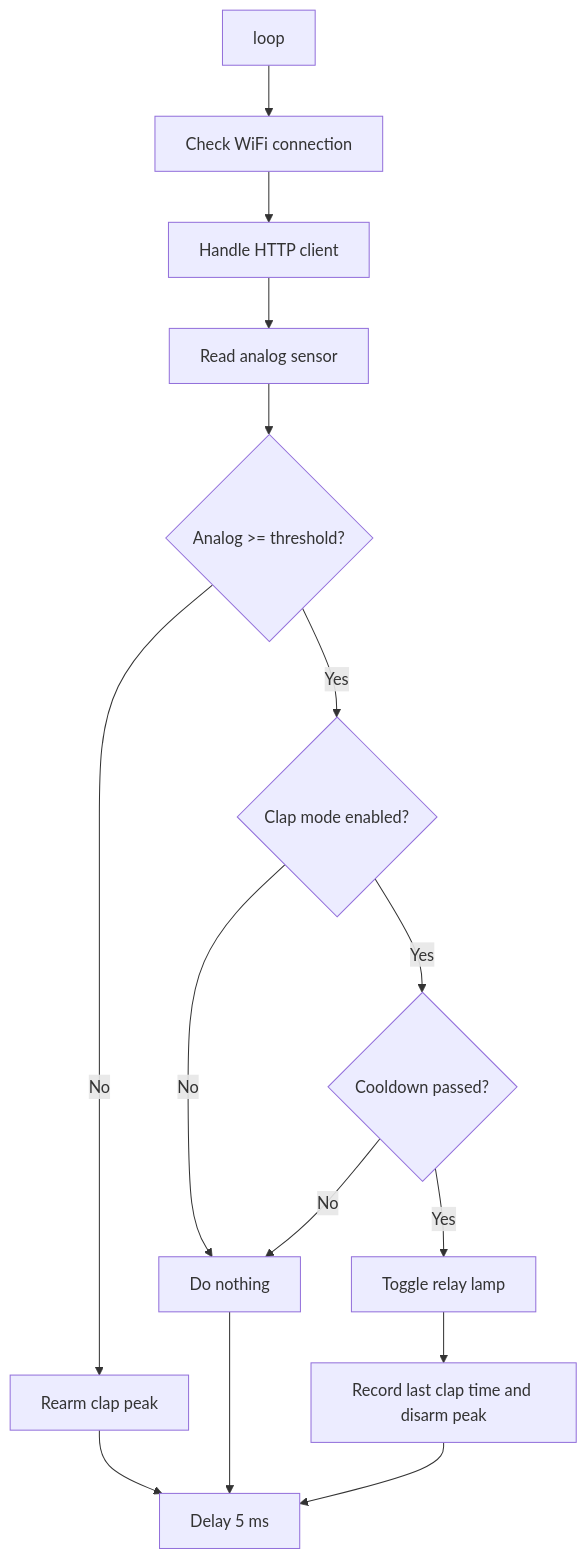
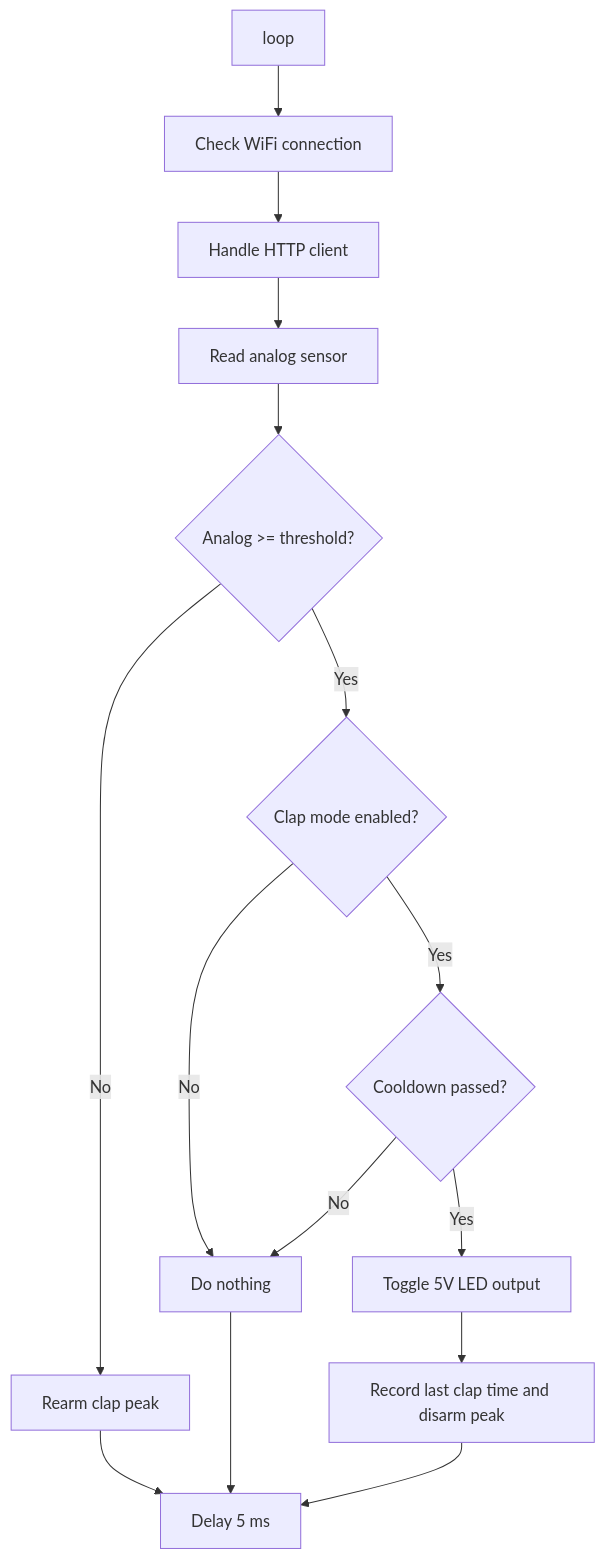
Before and after one commit to fatidaprilian/ClapControl-IoT: the second of 5 diagrams in docs/flow-overview.md, drawn with Mermaid. The commit also changed other lines of this file and 17 other files, not shown here.

Commit message:
Refactor project to migrate from AC relay control to 5V LED control using NPN transistor. Update documentation to reflect changes in hardware setup, output logic, and API behavior. Ensure all features remain intact while enhancing safety and portability for mobile IoT applications.

````diff
--- a/docs/flow-overview.md
+++ b/docs/flow-overview.md
@@ -18,17 +18,17 @@
 ```mermaid
 flowchart TD
   A[loop] --> B[Check WiFi connection]
   B --> C[Handle HTTP client]
   C --> D[Read analog sensor]
   D --> E{Analog >= threshold?}
   E -- No --> F[Rearm clap peak]
   E -- Yes --> G{Clap mode enabled?}
   G -- No --> H[Do nothing]
   G -- Yes --> I{Cooldown passed?}
   I -- No --> H
-  I -- Yes --> J[Toggle relay lamp]
+  I -- Yes --> J[Toggle 5V LED output]
   J --> K[Record last clap time and disarm peak]
   F --> L[Delay 5 ms]
   H --> L
   K --> L
 ```
````
